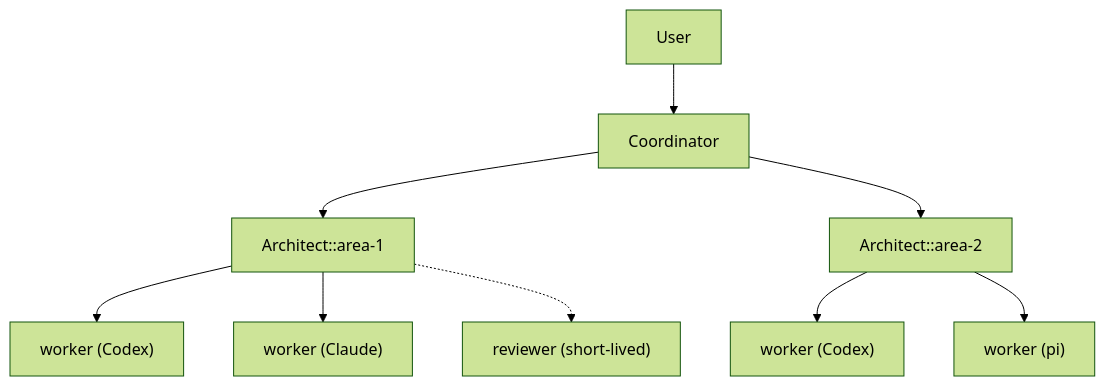
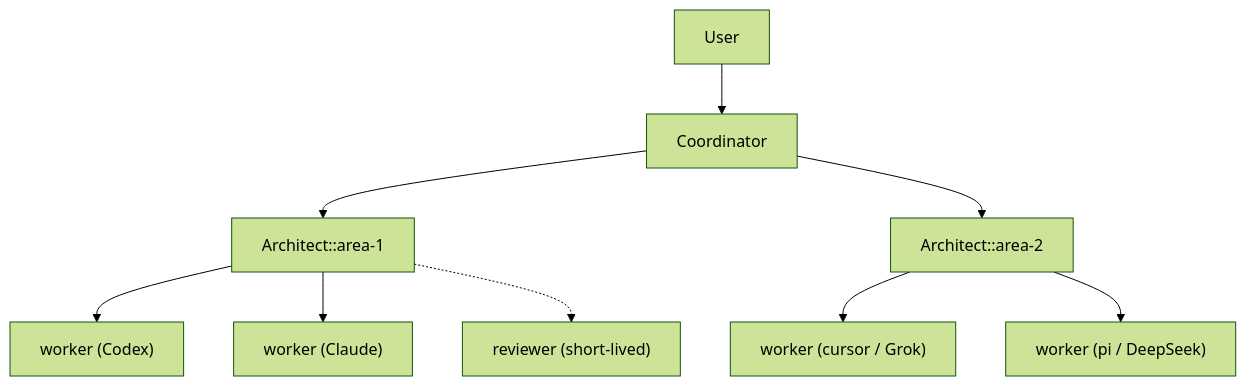
One commit to alexsavio/ai-agent-orchestration changed the first of 5 diagrams in docs/architecture.md. Above: the diagram before and after it, drawn with Mermaid (forest theme). The commit also changed other lines of this file and 15 other files, not shown here.

First line of the commit message:
feat(providers): add cursor family for Grok via Cursor CLI

````diff
--- a/docs/architecture.md
+++ b/docs/architecture.md
@@ -7,11 +7,11 @@
 ```mermaid
 flowchart TD
     U[User] --> C[Coordinator]
     C --> A1["Architect::area-1"]
     C --> A2["Architect::area-2"]
     A1 --> W1["worker (Codex)"]
     A1 --> W2["worker (Claude)"]
     A1 -.-> R["reviewer (short-lived)"]
-    A2 --> W3["worker (Codex)"]
-    A2 --> W4["worker (pi)"]
+    A2 --> W3["worker (cursor / Grok)"]
+    A2 --> W4["worker (pi / DeepSeek)"]
 ```
````
